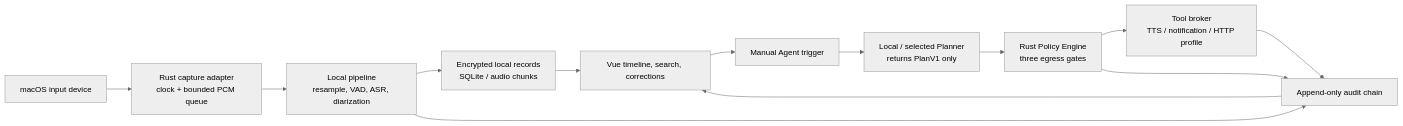
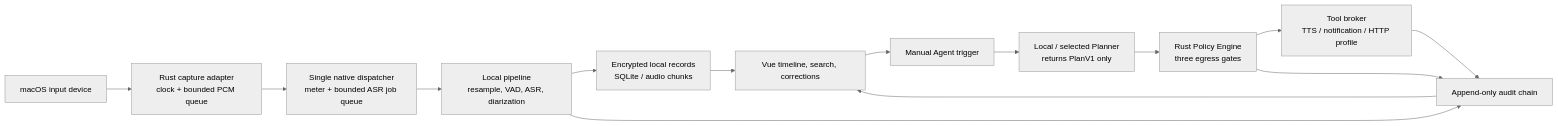
One commit to nmgwddj/word-covenant changed the diagram in docs/plans/2026-08-07-word-covenant-roadmap.md. Above: the diagram before and after it, drawn with Mermaid (neutral theme). The commit also changed other lines of this file and 12 other files, not shown here.

Commit message:
feat: add audited local speech pipeline

````diff
--- a/docs/plans/2026-08-07-word-covenant-roadmap.md
+++ b/docs/plans/2026-08-07-word-covenant-roadmap.md
@@ -49,15 +51,16 @@
 ```mermaid
 flowchart LR
   MIC["macOS input device"] --> CAP["Rust capture adapter\nclock + bounded PCM queue"]
-  CAP --> PIPE["Local pipeline\nresample, VAD, ASR, diarization"]
+  CAP --> DISPATCH["Single native dispatcher\nmeter + bounded ASR job queue"]
+  DISPATCH --> PIPE["Local pipeline\nresample, VAD, ASR, diarization"]
   PIPE --> DB["Encrypted local records\nSQLite / audio chunks"]
   DB --> UI["Vue timeline, search, corrections"]
   UI --> TRIGGER["Manual Agent trigger"]
   TRIGGER --> PLANNER["Local / selected Planner\nreturns PlanV1 only"]
   PLANNER --> POLICY["Rust Policy Engine\nthree egress gates"]
   POLICY --> TOOL["Tool broker\nTTS / notification / HTTP profile"]
   TOOL --> AUDIT["Append-only audit chain"]
   PIPE --> AUDIT
   POLICY --> AUDIT
   AUDIT --> UI
 ```
````
